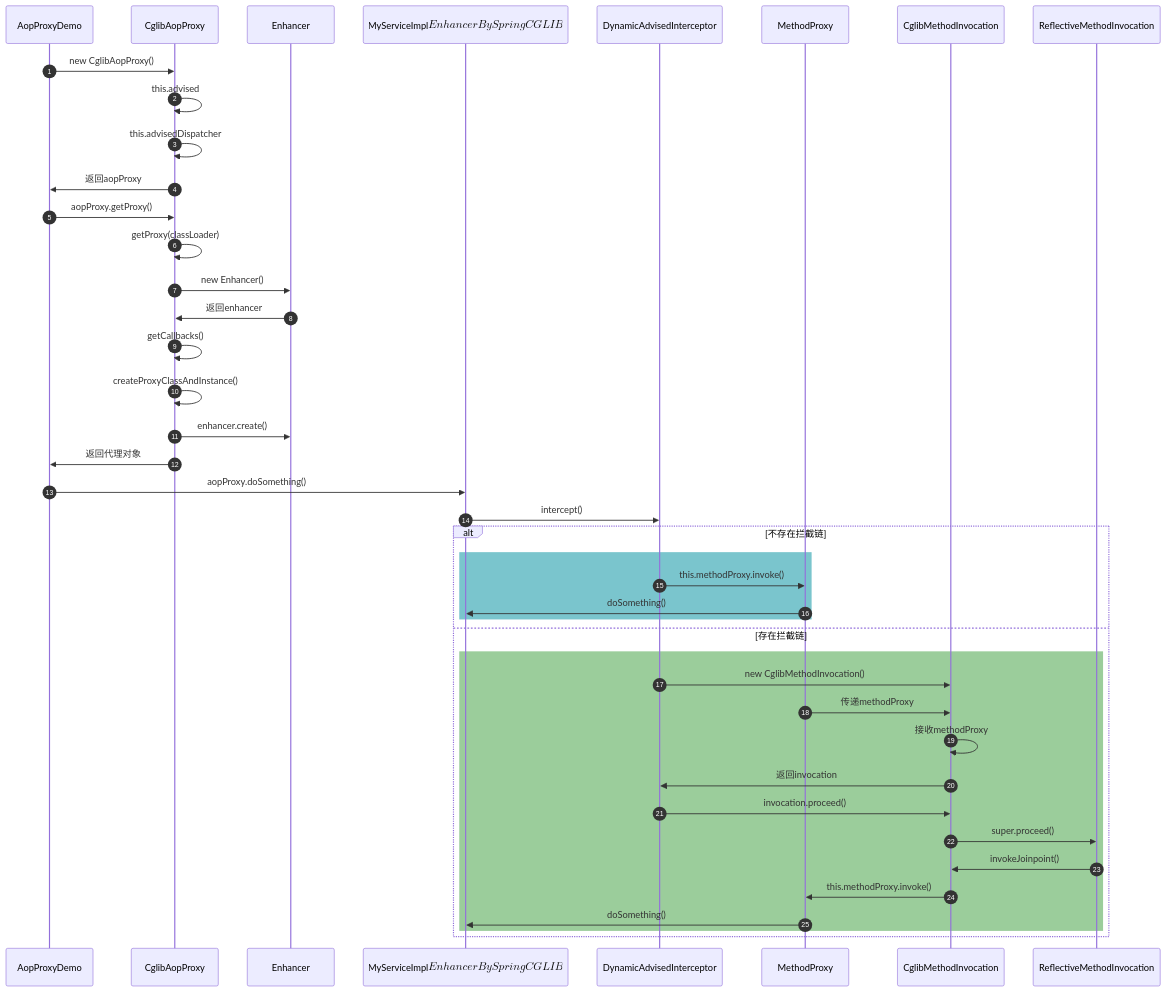
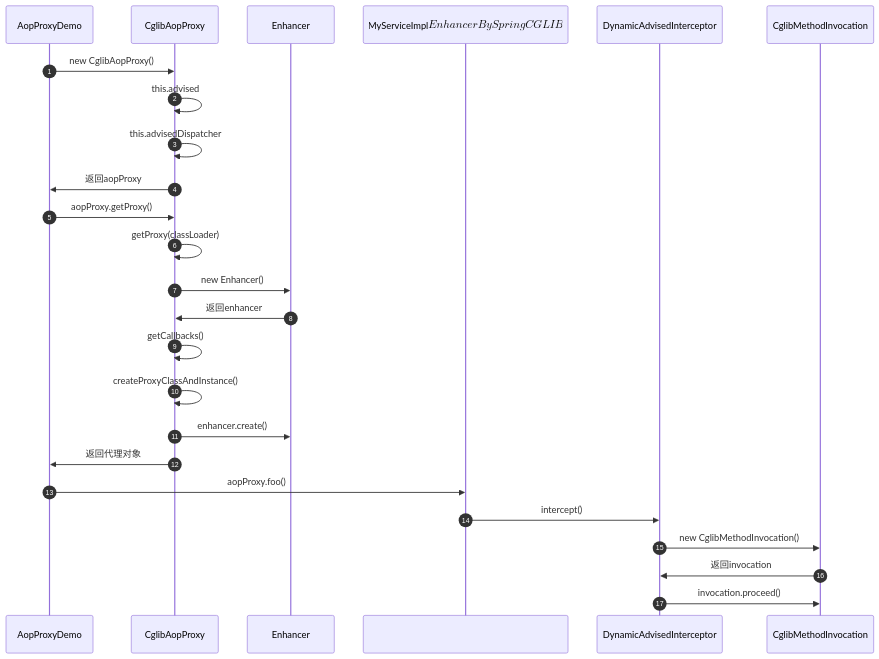
Before and after one commit to xuchengsheng/spring-reading: the third of 3 diagrams in spring-aop/spring-aop-aopProxy/README.md, drawn with Mermaid. The commit also changed other lines of this file and 3 other files, not shown here.

```diff
--- a/spring-aop/spring-aop-aopProxy/README.md
+++ b/spring-aop/spring-aop-aopProxy/README.md
@@ -240,36 +233,21 @@
 ~~~mermaid
 sequenceDiagram
 autonumber
 AopProxyDemo->>CglibAopProxy:new CglibAopProxy()
 CglibAopProxy->>CglibAopProxy:this.advised
 CglibAopProxy->>CglibAopProxy:this.advisedDispatcher
 CglibAopProxy->>AopProxyDemo:返回aopProxy
 AopProxyDemo->>CglibAopProxy:aopProxy.getProxy()
 CglibAopProxy->>CglibAopProxy:getProxy(classLoader)
 CglibAopProxy->>Enhancer:new Enhancer()
 Enhancer->>CglibAopProxy:返回enhancer
 CglibAopProxy->>CglibAopProxy:getCallbacks()
 CglibAopProxy->>CglibAopProxy:createProxyClassAndInstance()
 CglibAopProxy->>Enhancer:enhancer.create()
 CglibAopProxy->>AopProxyDemo:返回代理对象
-AopProxyDemo->>MyServiceImpl$$EnhancerBySpringCGLIB$$:aopProxy.doSomething()
+AopProxyDemo->>MyServiceImpl$$EnhancerBySpringCGLIB$$:aopProxy.foo()
 MyServiceImpl$$EnhancerBySpringCGLIB$$->>DynamicAdvisedInterceptor:intercept()
-alt 不存在拦截链
-	rect rgb(122,197,205)
-		DynamicAdvisedInterceptor->>MethodProxy:this.methodProxy.invoke()
-		MethodProxy->>MyServiceImpl$$EnhancerBySpringCGLIB$$:doSomething()
-	end
-else 存在拦截链
-	rect rgb(155,205,155)
-		DynamicAdvisedInterceptor->>CglibMethodInvocation:new CglibMethodInvocation()
-        MethodProxy->>CglibMethodInvocation:传递methodProxy
-        CglibMethodInvocation->>CglibMethodInvocation:接收methodProxy
-        CglibMethodInvocation->>DynamicAdvisedInterceptor:返回invocation
-        DynamicAdvisedInterceptor->>CglibMethodInvocation:invocation.proceed()
-        CglibMethodInvocation->>ReflectiveMethodInvocation:super.proceed()
-        ReflectiveMethodInvocation->>CglibMethodInvocation:invokeJoinpoint()
-        CglibMethodInvocation->>MethodProxy:this.methodProxy.invoke()
-        MethodProxy->>MyServiceImpl$$EnhancerBySpringCGLIB$$:doSomething()
-    end
-end
+DynamicAdvisedInterceptor->>CglibMethodInvocation:new CglibMethodInvocation()
+CglibMethodInvocation->>DynamicAdvisedInterceptor:返回invocation
+DynamicAdvisedInterceptor->>CglibMethodInvocation:invocation.proceed()
 ~~~
```
